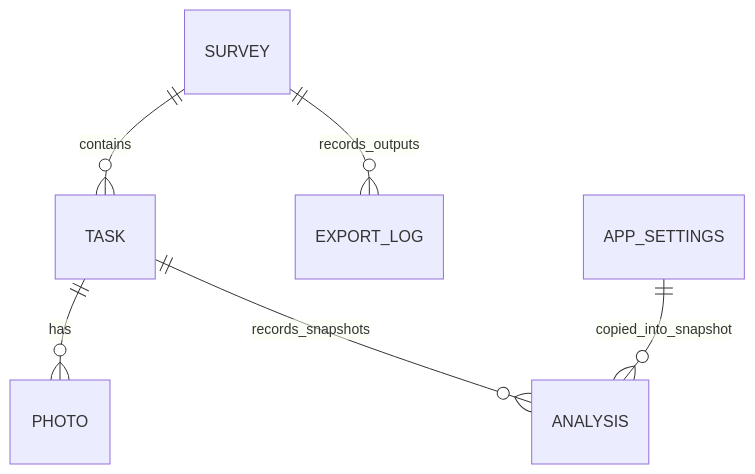
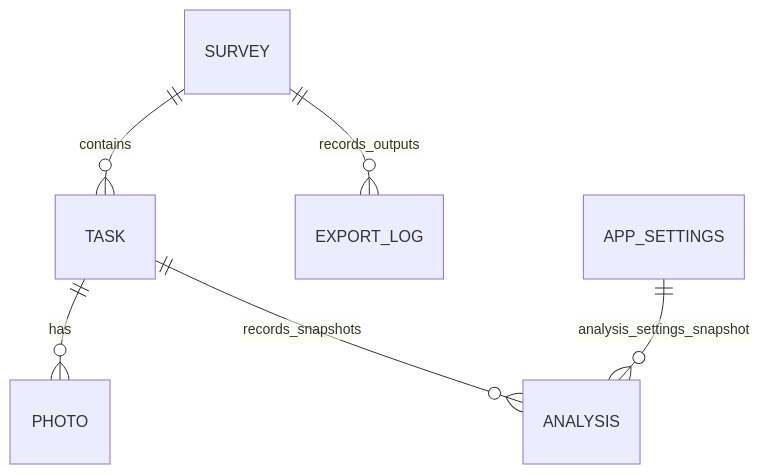
Before and after one commit to LOCO-KOREA/LOCO: the diagram in docs/ERD_데이터설계서.md, drawn with Mermaid. The commit also changed other lines of this file and 28 other files, not shown here.

````diff
--- a/docs/ERD_데이터설계서.md
+++ b/docs/ERD_데이터설계서.md
@@ -15,8 +15,8 @@
 ```mermaid
 erDiagram
   SURVEY ||--o{ TASK : contains
   TASK ||--o{ PHOTO : has
   TASK ||--o{ ANALYSIS : records_snapshots
   SURVEY ||--o{ EXPORT_LOG : records_outputs
-  APP_SETTINGS ||--o{ ANALYSIS : copied_into_snapshot
+APP_SETTINGS ||--o{ ANALYSIS : analysis_settings_snapshot
 ```
````
